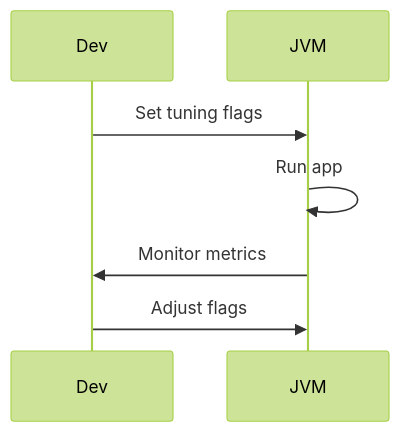
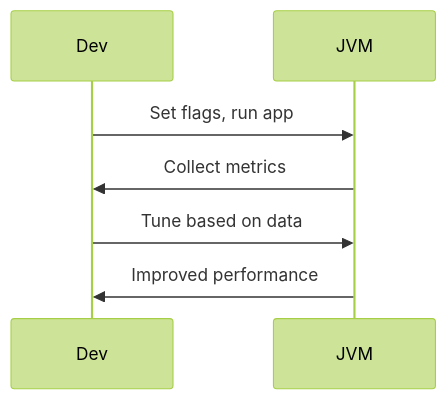
Before and after one commit to VrushankPatel/interview-matters: the diagram in java/jvm-performance-tuning/README.md, drawn with Mermaid (forest theme). The commit also changed other lines of this file and 8 other files, not shown here.

Commit message:
kb(java/algorithms): add 5 topics (backtracking, divide-and-conquer, probabilistic-algorithms, computational-geometry, jvm-performance-tuning) + restructure none

````diff
--- a/java/jvm-performance-tuning/README.md
+++ b/java/jvm-performance-tuning/README.md
@@ -56,9 +70,9 @@
 ```mermaid
 sequenceDiagram
     participant Dev
     participant JVM
-    Dev->>JVM: Set tuning flags
-    JVM->>JVM: Run app
-    JVM->>Dev: Monitor metrics
-    Dev->>JVM: Adjust flags
+    Dev->>JVM: Set flags, run app
+    JVM->>Dev: Collect metrics
+    Dev->>JVM: Tune based on data
+    JVM->>Dev: Improved performance
 ```
````
